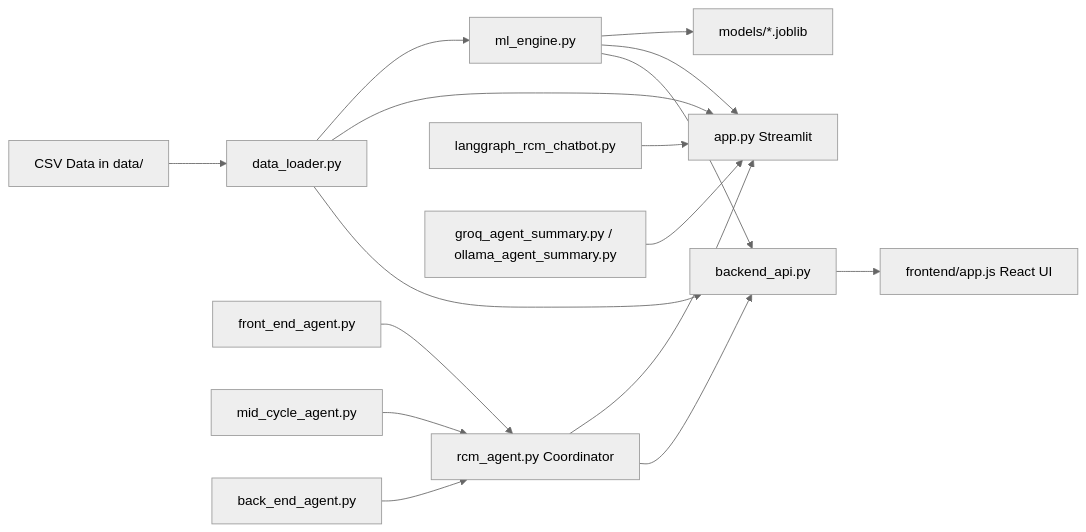
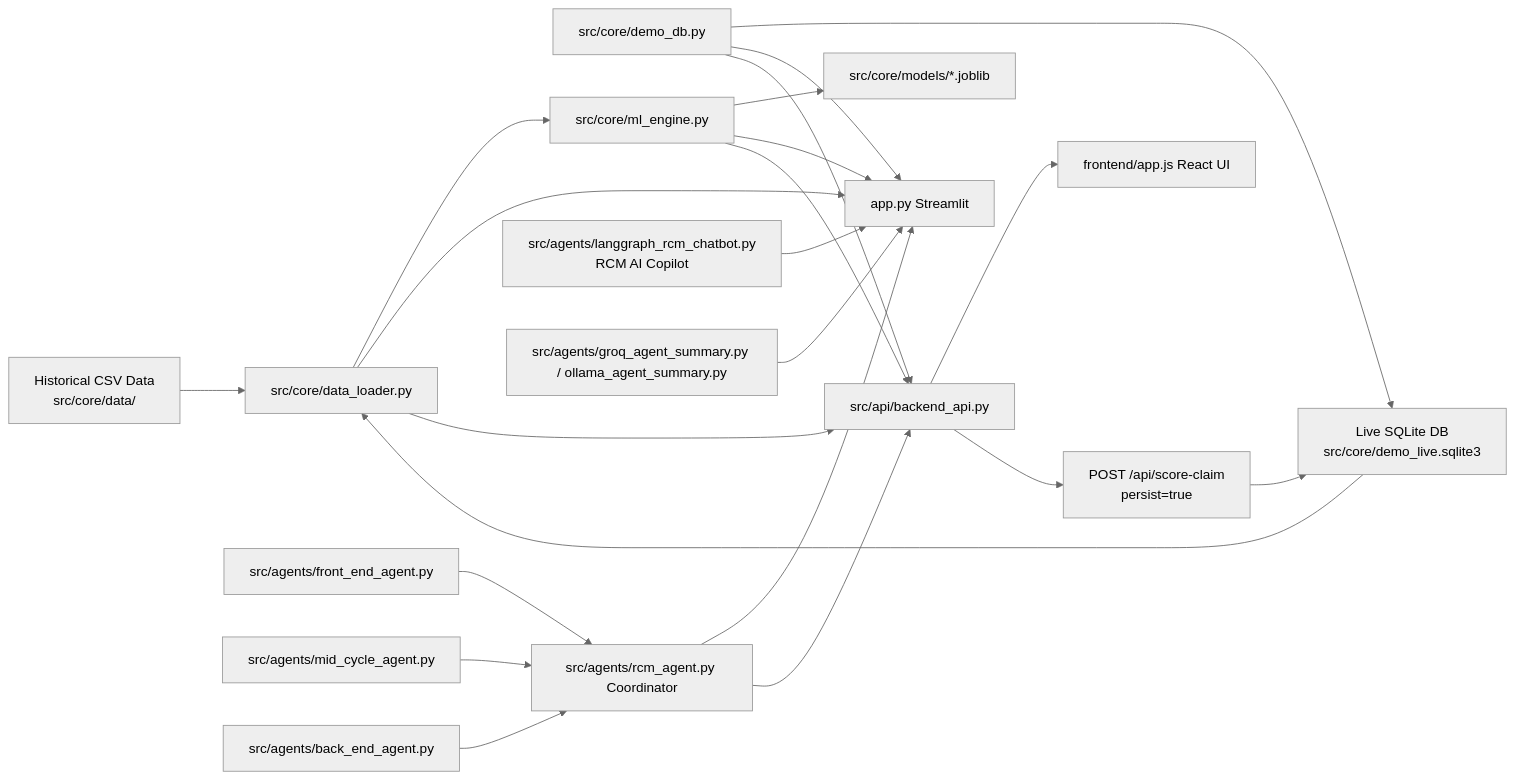
The first of 3 diagrams in README.md (pranaya-mathur/rcm_agent), drawn with Mermaid (neutral theme) before and after one commit. The commit also changed other lines of this file, not shown here.

Commit message:
Update README Mermaid diagrams for SQLite live-ingestion flow.
Refresh architecture diagrams to match src-based modules and document persist=true flow from realtime scoring into demo database and dashboard visibility.

Made-with: Cursor

````diff
--- a/README.md
+++ b/README.md
@@ -42,18 +42,27 @@
 ```mermaid
 flowchart LR
-    A[CSV Data in data/] --> B[data_loader.py]
-    B --> C[ml_engine.py]
-    C --> D[models/*.joblib]
+    A[Historical CSV Data<br/>src/core/data/] --> B[src/core/data_loader.py]
+    DB[Live SQLite DB<br/>src/core/demo_live.sqlite3] --> B
+    DBM[src/core/demo_db.py] --> DB
+
+    B --> C[src/core/ml_engine.py]
+    C --> D[src/core/models/*.joblib]
     B --> E[app.py Streamlit]
     C --> E
-    F[rcm_agent.py Coordinator] --> E
-    F1[front_end_agent.py] --> F
-    F2[mid_cycle_agent.py] --> F
-    F3[back_end_agent.py] --> F
-    G[langgraph_rcm_chatbot.py] --> E
-    H[groq_agent_summary.py / ollama_agent_summary.py] --> E
-    B --> I[backend_api.py]
+    DBM --> E
+
+    F[src/agents/rcm_agent.py Coordinator] --> E
+    F1[src/agents/front_end_agent.py] --> F
+    F2[src/agents/mid_cycle_agent.py] --> F
+    F3[src/agents/back_end_agent.py] --> F
+    G[src/agents/langgraph_rcm_chatbot.py<br/>RCM AI Copilot] --> E
+    H[src/agents/groq_agent_summary.py / ollama_agent_summary.py] --> E
+
+    B --> I[src/api/backend_api.py]
     C --> I
     F --> I
+    DBM --> I
     I --> J[frontend/app.js React UI]
+    I --> K[POST /api/score-claim<br/>persist=true]
+    K --> DB
 ```
````
